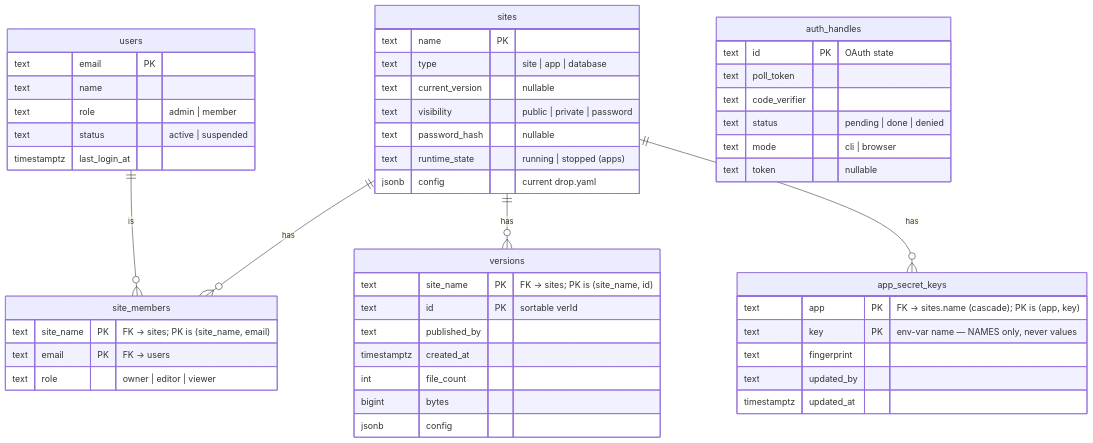
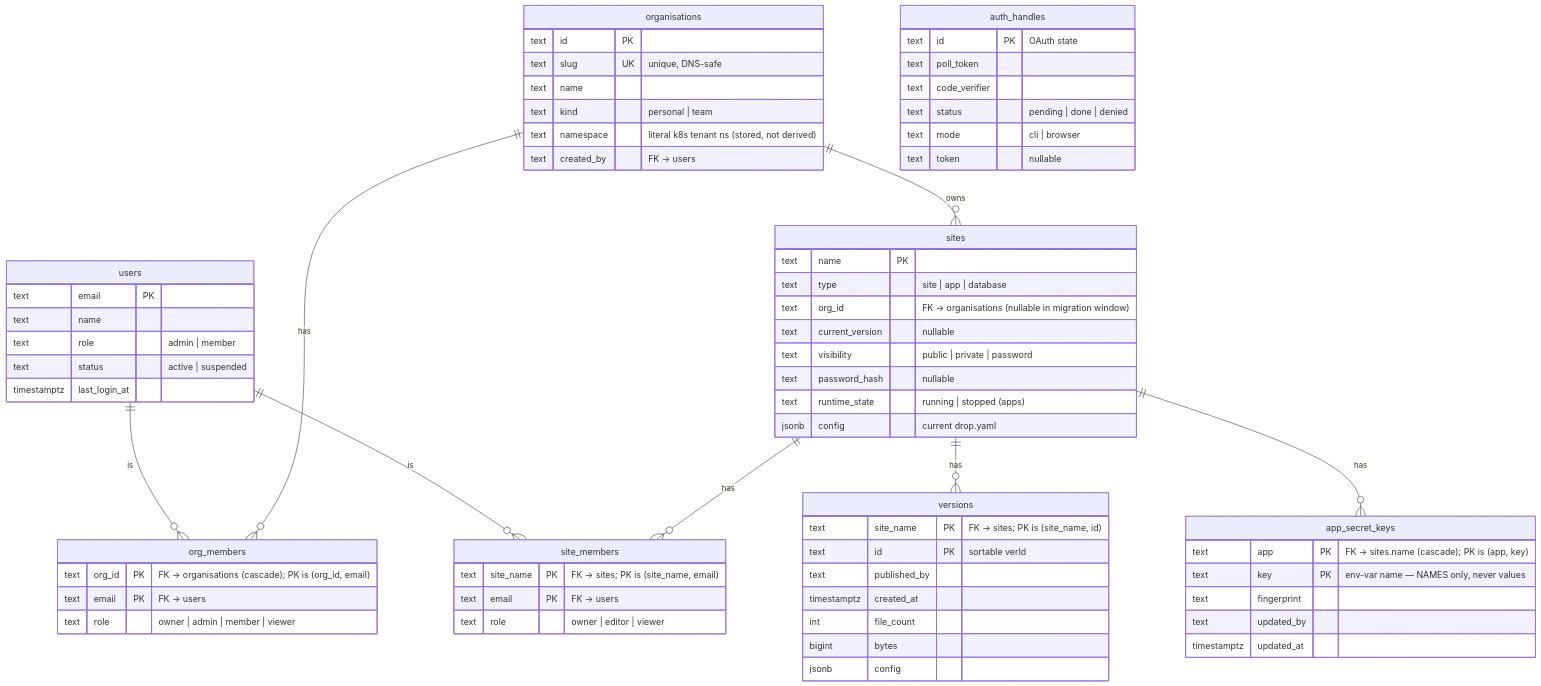
One commit to abhirathore2006/drop changed the fourth of 7 diagrams in docs/ARCHITECTURE.md. Above: the diagram before and after it, drawn with Mermaid. The commit also changed other lines of this file and 16 other files, not shown here.

````diff
--- a/docs/ARCHITECTURE.md
+++ b/docs/ARCHITECTURE.md
@@ -150,53 +150,70 @@
 ```mermaid
 erDiagram
     users ||--o{ site_members : "is"
+    users ||--o{ org_members : "is"
+    organisations ||--o{ org_members : "has"
+    organisations ||--o{ sites : "owns"
     sites ||--o{ site_members : "has"
     sites ||--o{ versions : "has"
     sites ||--o{ app_secret_keys : "has"
 
     users {
         text email PK
         text name
         text role "admin | member"
         text status "active | suspended"
         timestamptz last_login_at
     }
+    organisations {
+        text id PK
+        text slug UK "unique, DNS-safe"
+        text name
+        text kind "personal | team"
+        text namespace "literal k8s tenant ns (stored, not derived)"
+        text created_by "FK → users"
+    }
+    org_members {
+        text org_id PK "FK → organisations (cascade); PK is (org_id, email)"
+        text email PK "FK → users"
+        text role "owner | admin | member | viewer"
+    }
     sites {
         text name PK
         text type "site | app | database"
+        text org_id "FK → organisations (nullable in migration window)"
         text current_version "nullable"
         text visibility "public | private | password"
         text password_hash "nullable"
         text runtime_state "running | stopped (apps)"
         jsonb config "current drop.yaml"
     }
     app_secret_keys {
         text app PK "FK → sites.name (cascade); PK is (app, key)"
         text key PK "env-var name — NAMES only, never values"
         text fingerprint
         text updated_by
         timestamptz updated_at
     }
     site_members {
         text site_name PK "FK → sites; PK is (site_name, email)"
         text email PK "FK → users"
         text role "owner | editor | viewer"
     }
     versions {
         text site_name PK "FK → sites; PK is (site_name, id)"
         text id PK "sortable verId"
         text published_by
         timestamptz created_at
         int file_count
         bigint bytes
         jsonb config
     }
     auth_handles {
         text id PK "OAuth state"
         text poll_token
         text code_verifier
         text status "pending | done | denied"
         text mode "cli | browser"
         text token "nullable"
     }
 ```
````
